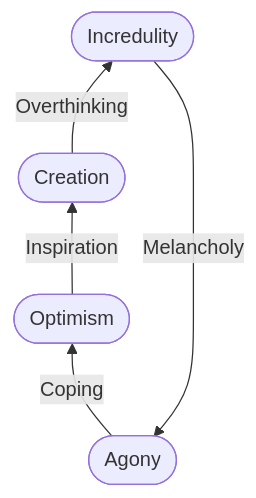
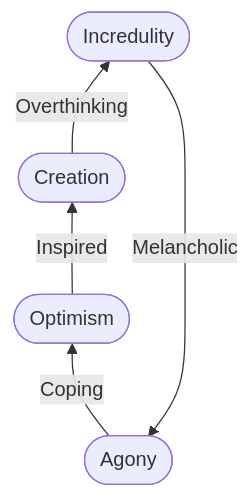
Before and after one commit to freenandes/topo-da-mente: the diagram in content/note/dor_cronica.md, drawn with Mermaid.

Commit message:
vault backup: 2023-10-22 16:29:06

````diff
--- a/content/note/dor_cronica.md
+++ b/content/note/dor_cronica.md
@@ -36,4 +36,4 @@
 ```mermaid
 flowchart BT
-ag([Agony]) --Coping--> op([Optimism]) --Inspiration--> cr([Creation]) --Overthinking--> in([Incredulity]) --Melancholy--> ag
+ag([Agony]) --Coping--> op([Optimism]) --Inspired--> cr([Creation]) --Overthinking--> in([Incredulity]) --Melancholic--> ag
 ```
````
